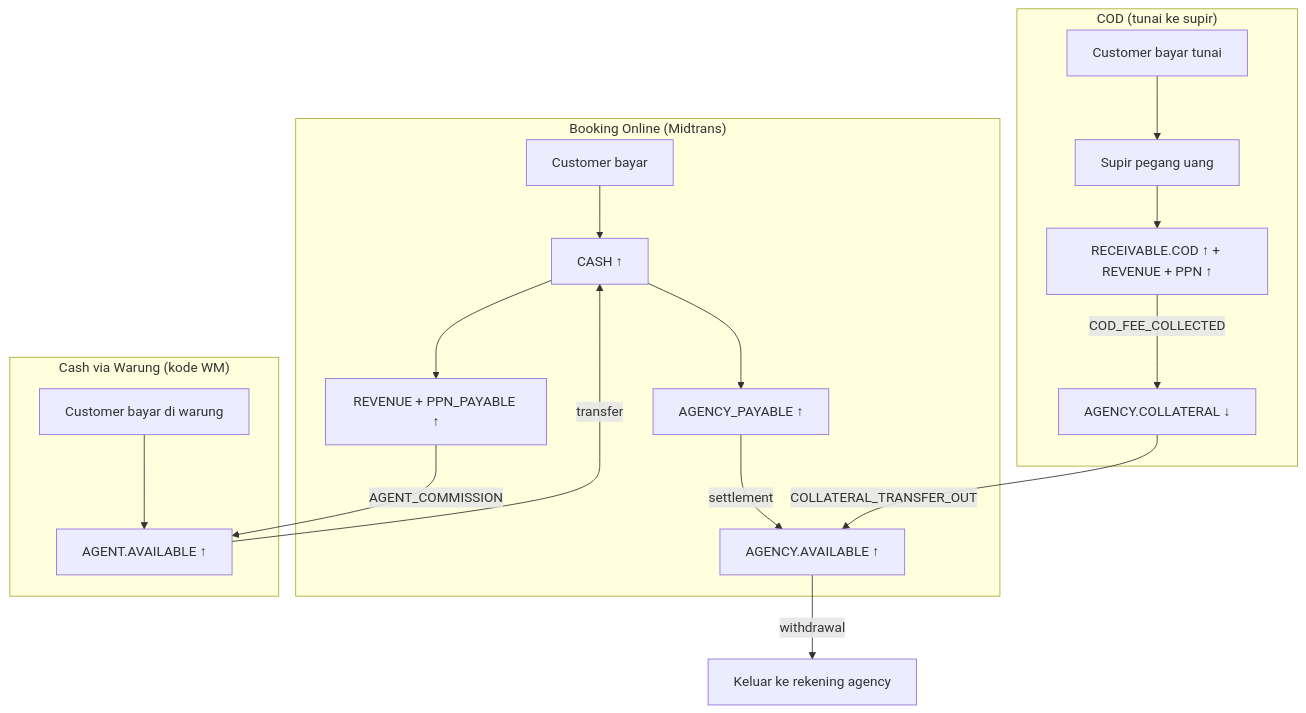
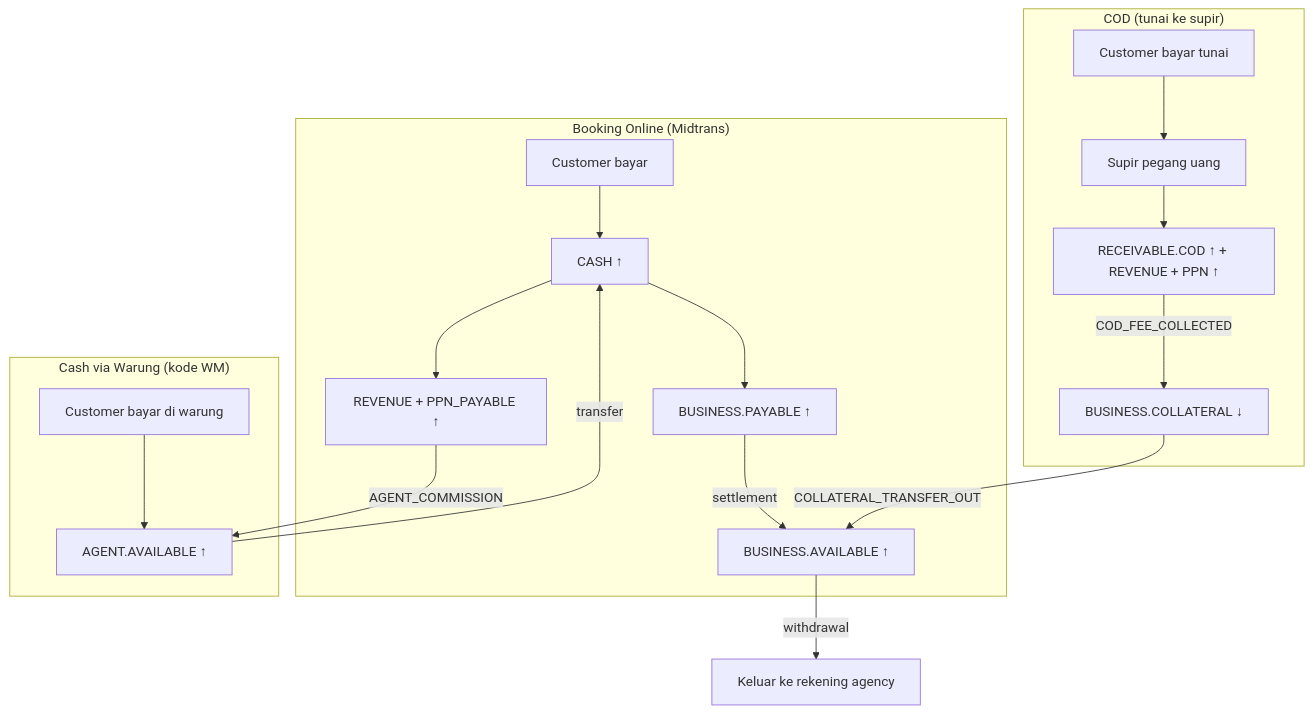
The diagram in docs/05-desain-gomad-core.md (gaboot-syuk/gomad), drawn with Mermaid before and after one commit. The commit also changed other lines of this file and 21 other files, not shown here.

````diff
--- a/docs/05-desain-gomad-core.md
+++ b/docs/05-desain-gomad-core.md
@@ -167,21 +174,21 @@
 ```mermaid
 flowchart TD
   subgraph ONLINE["Booking Online (Midtrans)"]
     C1[Customer bayar] --> P1[CASH ↑]
-    P1 --> AP[AGENCY_PAYABLE ↑]
+    P1 --> AP[BUSINESS.PAYABLE ↑]
     P1 --> REV[REVENUE + PPN_PAYABLE ↑]
-    AP -->|settlement| AV[AGENCY.AVAILABLE ↑]
+    AP -->|settlement| AV[BUSINESS.AVAILABLE ↑]
   end
   subgraph CODCH["COD (tunai ke supir)"]
     C2[Customer bayar tunai] --> DR[Supir pegang uang]
     DR --> RC[RECEIVABLE.COD ↑ + REVENUE + PPN ↑]
-    RC -->|COD_FEE_COLLECTED| COL[AGENCY.COLLATERAL ↓]
+    RC -->|COD_FEE_COLLECTED| COL[BUSINESS.COLLATERAL ↓]
   end
   subgraph CASH["Cash via Warung (kode WM)"]
     C3[Customer bayar di warung] --> AG[AGENT.AVAILABLE ↑]
     AG -->|transfer| P1
     REV -->|AGENT_COMMISSION| AG
   end
   AV -->|withdrawal| CASHOUT[Keluar ke rekening agency]
   COL -->|COLLATERAL_TRANSFER_OUT| AV
 ```
````
